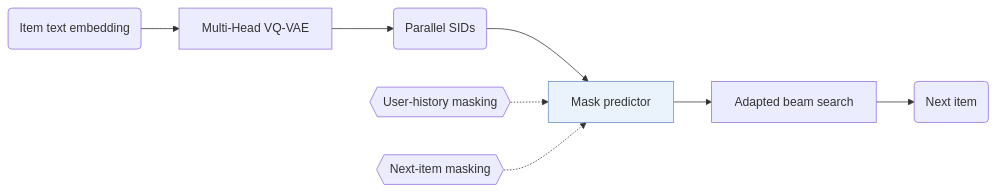
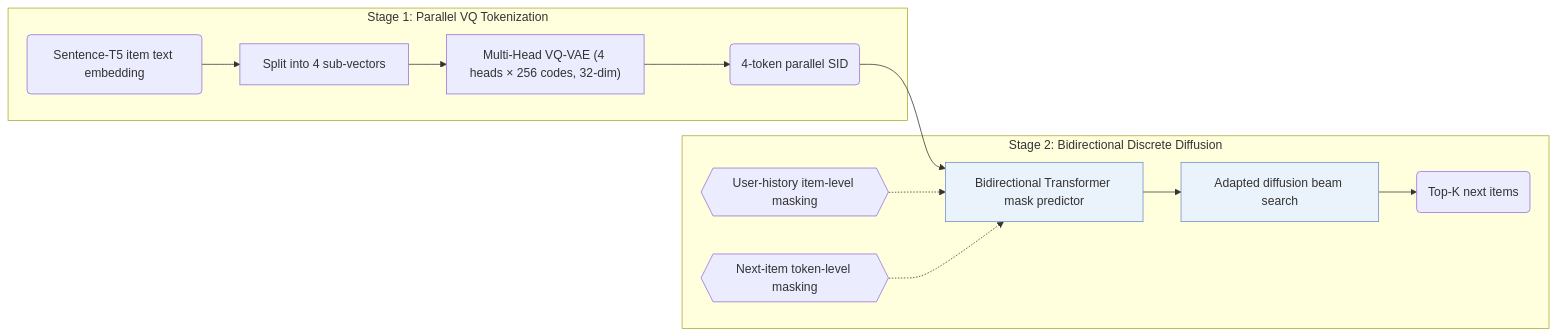
One commit to Galaxy-ghost/Awesome-SID-Generative-Rec changed the first of 2 diagrams in notes/llada-rec.md. Above: the diagram before and after it, drawn with Mermaid. The commit also changed other lines of this file and 649 other files, not shown here.

Commit message:
writer-05: also tags and modality index (schema, check, build, visuals); summary field removed; calibration data for 12 papers

````diff
--- a/notes/llada-rec.md
+++ b/notes/llada-rec.md
@@ -13,11 +14,16 @@
 ```mermaid
 flowchart LR
-    A("Item text embedding") --> B["Multi-Head VQ-VAE"]
-    B --> C("Parallel SIDs")
-    C --> D["Mask predictor"]:::key
-    L1{{"User-history masking"}} -.-> D
-    L2{{"Next-item masking"}} -.-> D
-    D --> E["Adapted beam search"]
-    E --> F("Next item")
+    subgraph TOK["Stage 1: Parallel VQ Tokenization"]
+        A("Sentence-T5 item text embedding") --> B["Split into 4 sub-vectors"]
+        B --> C["Multi-Head VQ-VAE (4 heads × 256 codes, 32-dim)"]
+        C --> D("4-token parallel SID")
+    end
+    subgraph DIFF["Stage 2: Bidirectional Discrete Diffusion"]
+        D --> E["Bidirectional Transformer mask predictor"]:::key
+        L1{{"User-history item-level masking"}} -.-> E
+        L2{{"Next-item token-level masking"}} -.-> E
+        E --> F["Adapted diffusion beam search"]:::key
+        F --> G("Top-K next items")
+    end
     classDef key fill:#eaf2fb,stroke:#6b8fc7
 ```
````
